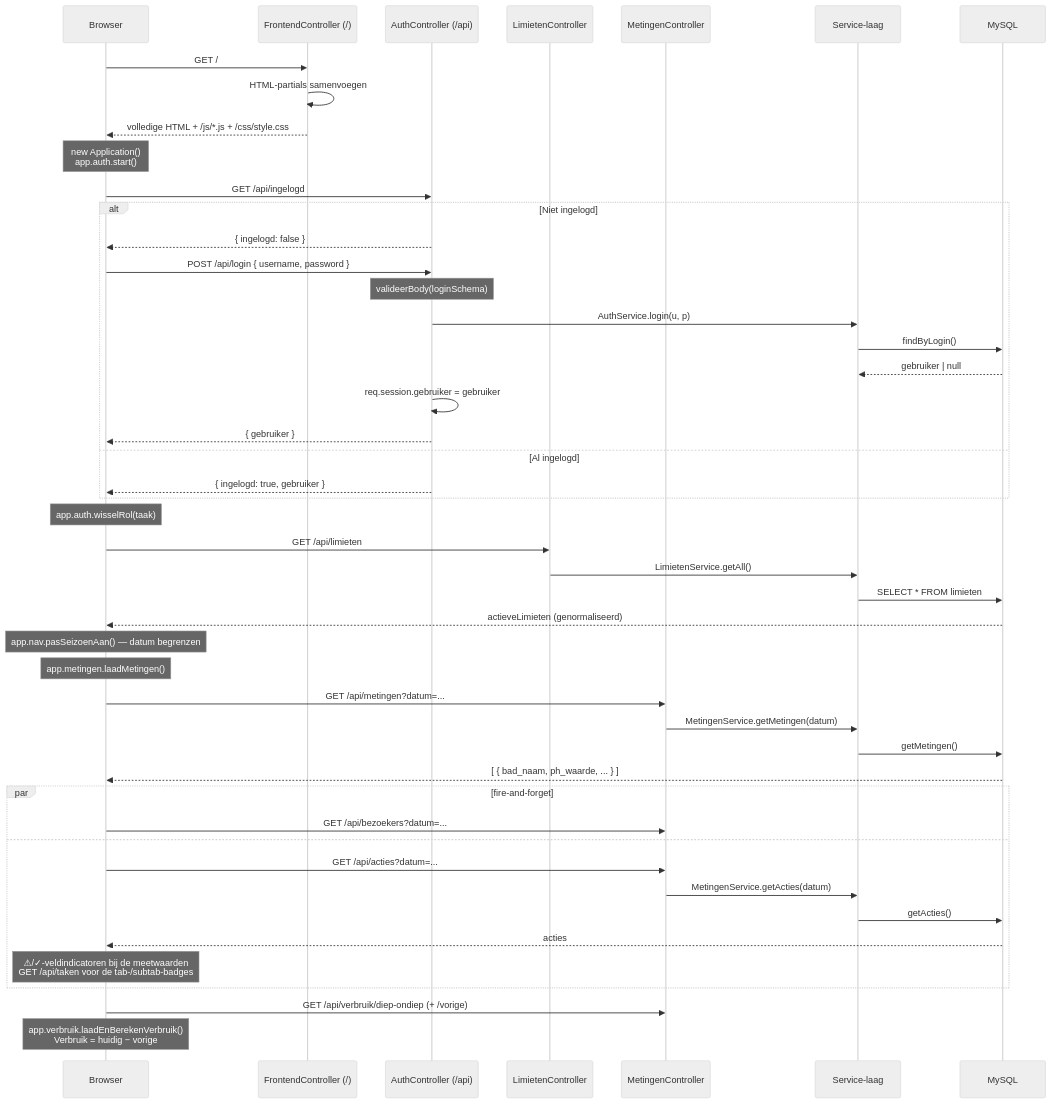
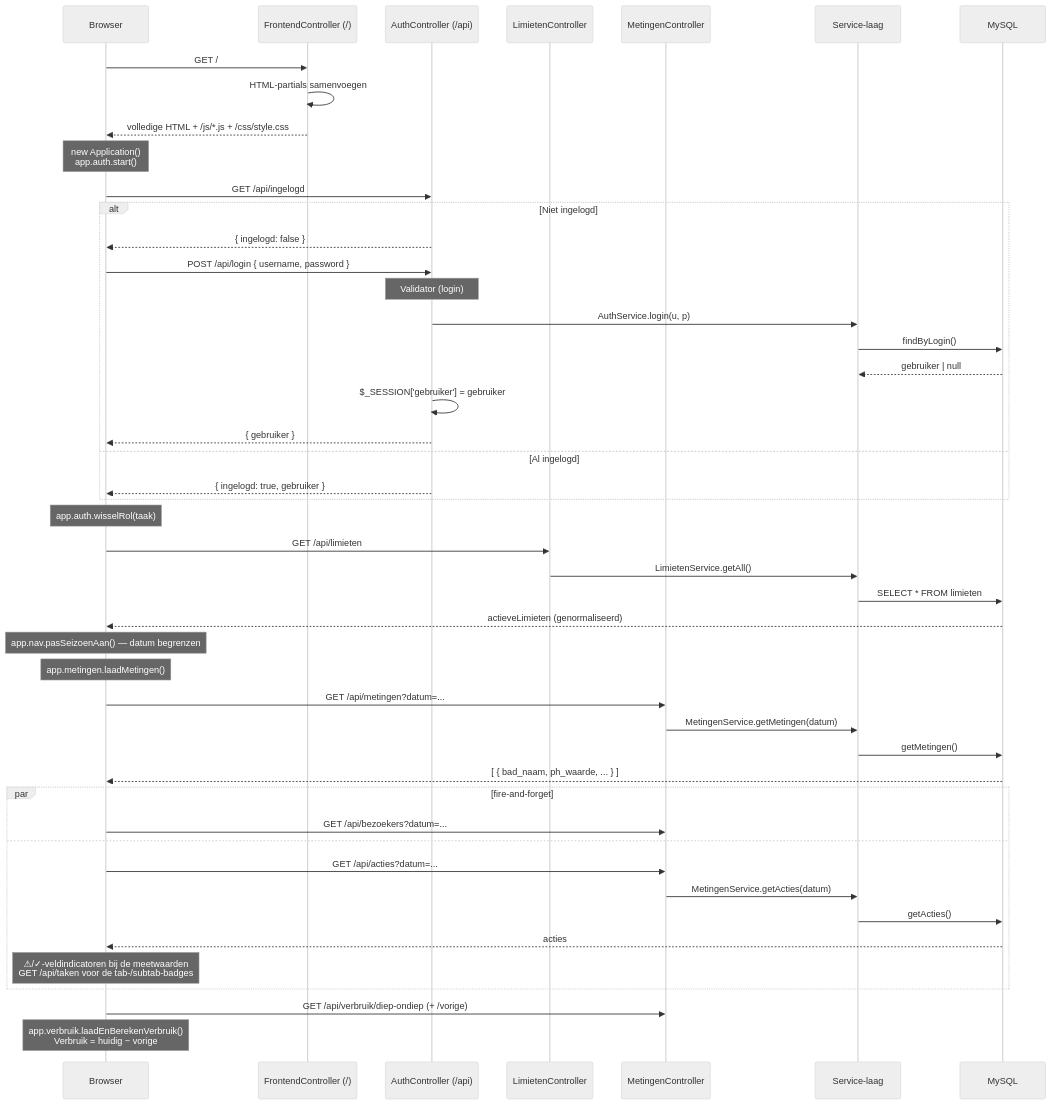
Before and after one commit to pjgheijmans/NewSiteWaterbeheerDeBercken: the first of 3 diagrams in docs/architecture/flows.md, drawn with Mermaid (neutral theme). The commit also changed other lines of this file and 5 other files, not shown here.

First line of the commit message:
docs: werk architectuurdocs bij naar de PHP-backend

````diff
--- a/docs/architecture/flows.md
+++ b/docs/architecture/flows.md
@@ -11,57 +11,57 @@
 ```mermaid
 sequenceDiagram
     participant B as Browser
     participant FE as FrontendController (/)
     participant Auth as AuthController (/api)
     participant Lim as LimietenController
     participant Met as MetingenController
     participant Svc as Service-laag
     participant DB as MySQL
 
     B->>FE: GET /
     FE->>FE: HTML-partials samenvoegen
     FE-->>B: volledige HTML + /js/*.js + /css/style.css
 
     Note over B: new Application()<br/>app.auth.start()
 
     B->>Auth: GET /api/ingelogd
     alt Niet ingelogd
         Auth-->>B: { ingelogd: false }
         B->>Auth: POST /api/login { username, password }
-        Note over Auth: valideerBody(loginSchema)
+        Note over Auth: Validator (login)
         Auth->>Svc: AuthService.login(u, p)
         Svc->>DB: findByLogin()
         DB-->>Svc: gebruiker | null
-        Auth->>Auth: req.session.gebruiker = gebruiker
+        Auth->>Auth: $_SESSION['gebruiker'] = gebruiker
         Auth-->>B: { gebruiker }
     else Al ingelogd
         Auth-->>B: { ingelogd: true, gebruiker }
     end
 
     Note over B: app.auth.wisselRol(taak)
 
     B->>Lim: GET /api/limieten
     Lim->>Svc: LimietenService.getAll()
     Svc->>DB: SELECT * FROM limieten
     DB-->>B: actieveLimieten (genormaliseerd)
     Note over B: app.nav.pasSeizoenAan() — datum begrenzen
 
     Note over B: app.metingen.laadMetingen()
     B->>Met: GET /api/metingen?datum=...
     Met->>Svc: MetingenService.getMetingen(datum)
     Svc->>DB: getMetingen()
     DB-->>B: [ { bad_naam, ph_waarde, ... } ]
 
     par fire-and-forget
         B->>Met: GET /api/bezoekers?datum=...
         and
         B->>Met: GET /api/acties?datum=...
         Met->>Svc: MetingenService.getActies(datum)
         Svc->>DB: getActies()
         DB-->>B: acties
         Note over B: ⚠/✓-veldindicatoren bij de meetwaarden<br/>GET /api/taken voor de tab-/subtab-badges
     end
 
     B->>Met: GET /api/verbruik/diep-ondiep (+ /vorige)
     Note over B: app.verbruik.laadEnBerekenVerbruik()<br/>Verbruik = huidig − vorige
 ```
````
